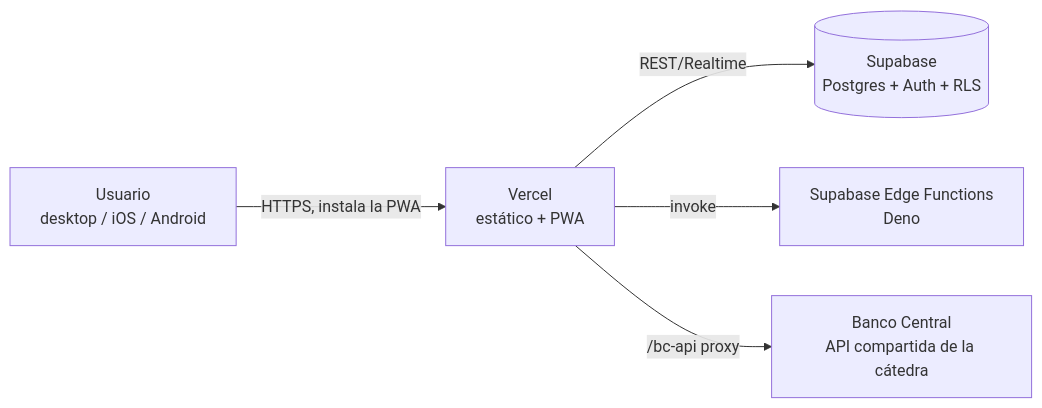
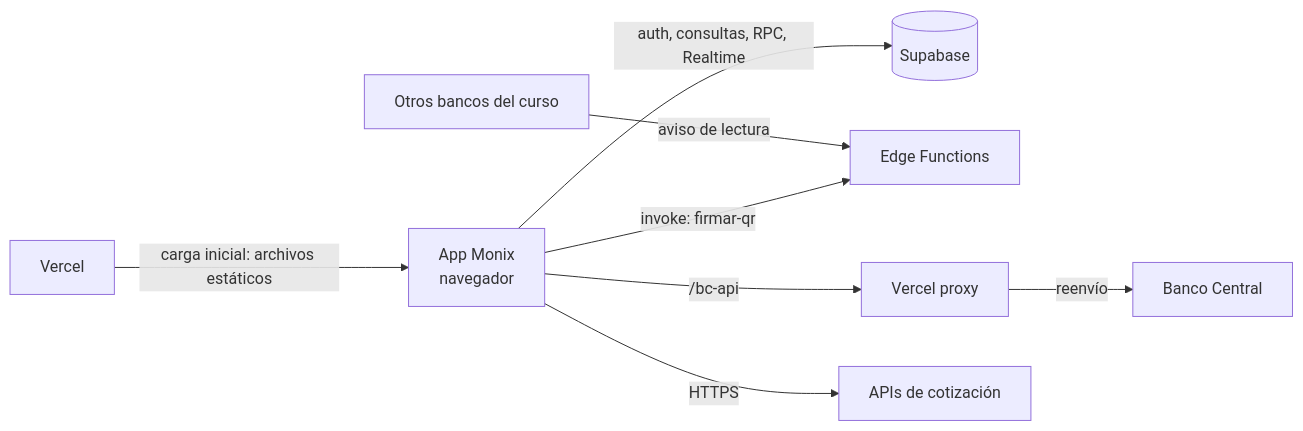
Before and after one commit to Maxi12141/HomebankingMonix: the first of 3 diagrams in docs/manual-despliegue.md, drawn with Mermaid. The commit also changed other lines of this file and 5 other files, not shown here.

````diff
--- a/docs/manual-despliegue.md
+++ b/docs/manual-despliegue.md
@@ -30,7 +36,10 @@
 ```mermaid
 flowchart LR
-  U[Usuario<br/>desktop / iOS / Android] -->|HTTPS, instala la PWA| V[Vercel<br/>estático + PWA]
-  V -->|REST/Realtime| S[(Supabase<br/>Postgres + Auth + RLS)]
-  V -->|invoke| EF[Supabase Edge Functions<br/>Deno]
-  V -->|/bc-api proxy| BC[Banco Central<br/>API compartida de la cátedra]
+  V[Vercel] -->|carga inicial: archivos estáticos| A[App Monix<br/>navegador]
+  A -->|auth, consultas, RPC, Realtime| S[(Supabase)]
+  A -->|invoke: firmar-qr| EF[Edge Functions]
+  A -->|/bc-api| P[Vercel proxy]
+  P -->|reenvío| BC[Banco Central]
+  A -->|HTTPS| C[APIs de cotización]
+  OB[Otros bancos del curso] -->|aviso de lectura| EF
 ```
````
